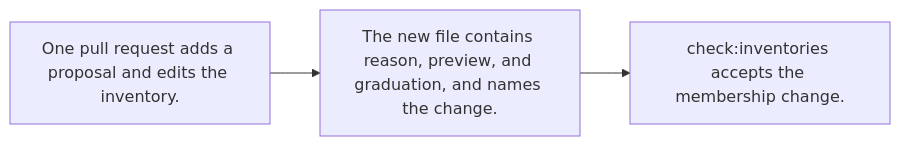
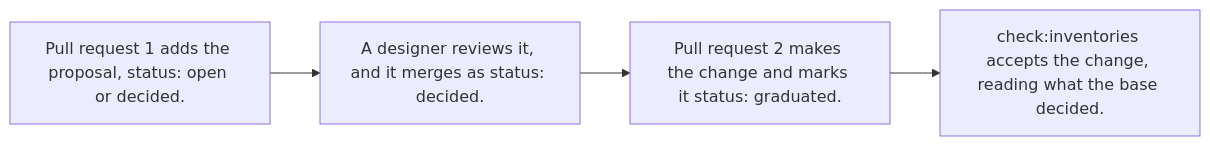
One commit to tounsoo/agent-design-loop changed the seventh of 7 diagrams in packages/harness/docs/how-it-works.md. Above: the diagram before and after it, drawn with Mermaid. The commit also changed other lines of this file and 66 other files, not shown here.

````diff
--- a/packages/harness/docs/how-it-works.md
+++ b/packages/harness/docs/how-it-works.md
@@ -364,7 +363,8 @@
 ```mermaid
 flowchart LR
-  same["One pull request adds a proposal and edits the inventory."]
-  keywords["The new file contains reason, preview, and graduation, and names the change."]
-  accept["check:inventories accepts the membership change."]
-  same --> keywords --> accept
+  open["Pull request 1 adds the proposal, status: open or decided."]
+  review["A designer reviews it, and it merges as status: decided."]
+  change["Pull request 2 makes the change and marks it status: graduated."]
+  accept["check:inventories accepts the change, reading what the base decided."]
+  open --> review --> change --> accept
 ```
````
